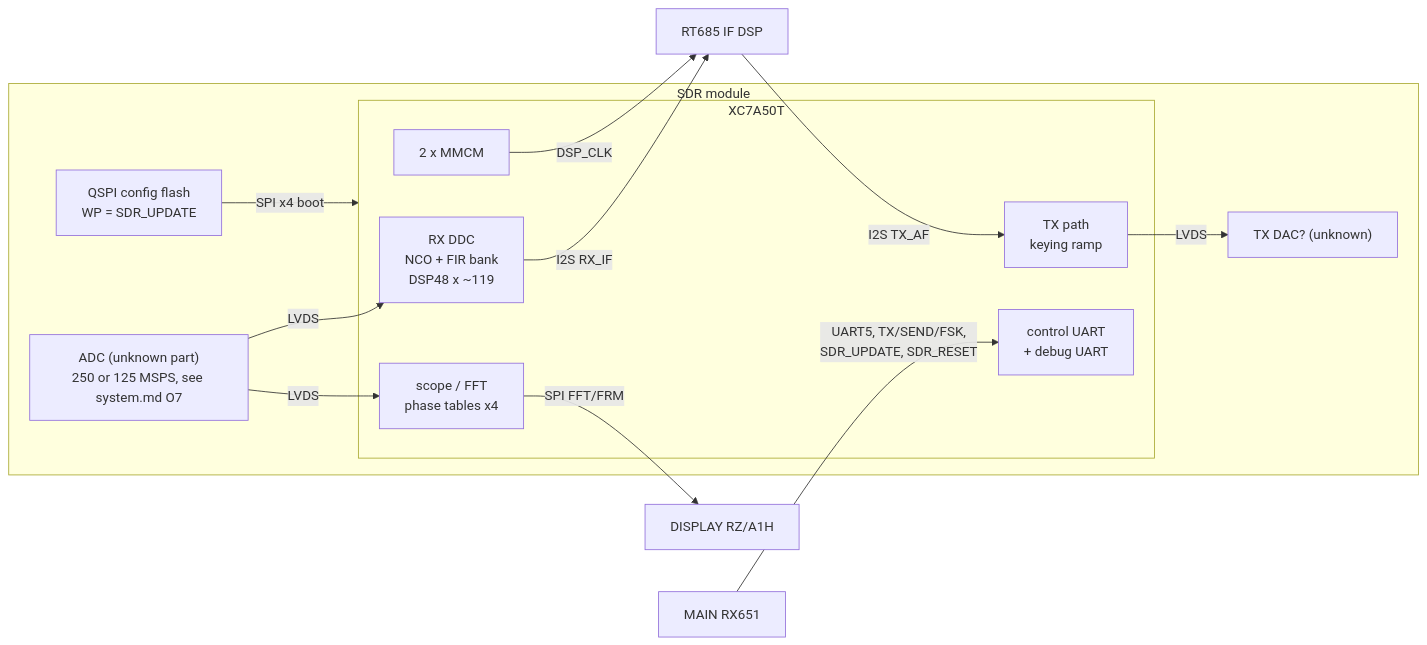
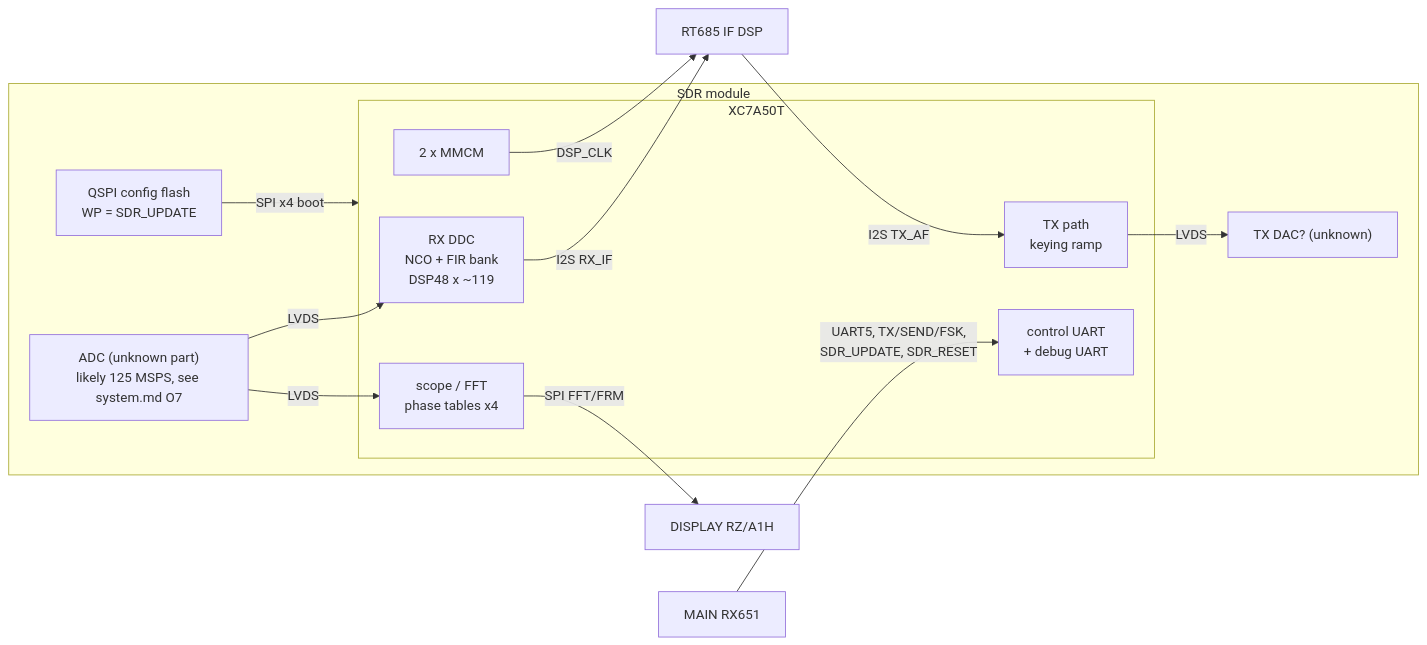
Before and after one commit to Reid-n0rc/FT-710_Firmware: the first of 2 diagrams in docs/code/sdr/README.md, drawn with Mermaid. The commit also changed 5 other files, not shown here.

First line of the commit message:
O7: 125 MSPS is the most likely ADC rate (p6 'Divide 250MHz by 2' + MAIN's 62.5 MHz fs/2 boundary)

````diff
--- a/docs/code/sdr/README.md
+++ b/docs/code/sdr/README.md
@@ -43,24 +43,24 @@
 ```mermaid
 flowchart LR
   subgraph MOD["SDR module"]
-    ADC["ADC (unknown part)<br/>250 or 125 MSPS, see system.md O7"]
+    ADC["ADC (unknown part)<br/>likely 125 MSPS, see system.md O7"]
     Q["QSPI config flash<br/>WP = SDR_UPDATE"]
     subgraph F["XC7A50T"]
       DDC["RX DDC<br/>NCO + FIR bank<br/>DSP48 x ~119"]
       SC["scope / FFT<br/>phase tables x4"]
       TX["TX path<br/>keying ramp"]
       CR["control UART<br/>+ debug UART"]
       CK["2 x MMCM"]
     end
     DAC["TX DAC? (unknown)"]
   end
   ADC -- LVDS --> DDC
   ADC -- LVDS --> SC
   TX -- LVDS --> DAC
   Q -- "SPI x4 boot" --> F
   DDC -- "I2S RX_IF" --> RT["RT685 IF DSP"]
   RT -- "I2S TX_AF" --> TX
   CK -- DSP_CLK --> RT
   SC -- "SPI FFT/FRM" --> DI["DISPLAY RZ/A1H"]
   MA["MAIN RX651"] -- "UART5, TX/SEND/FSK,<br/>SDR_UPDATE, SDR_RESET" --> CR
 ```
````
